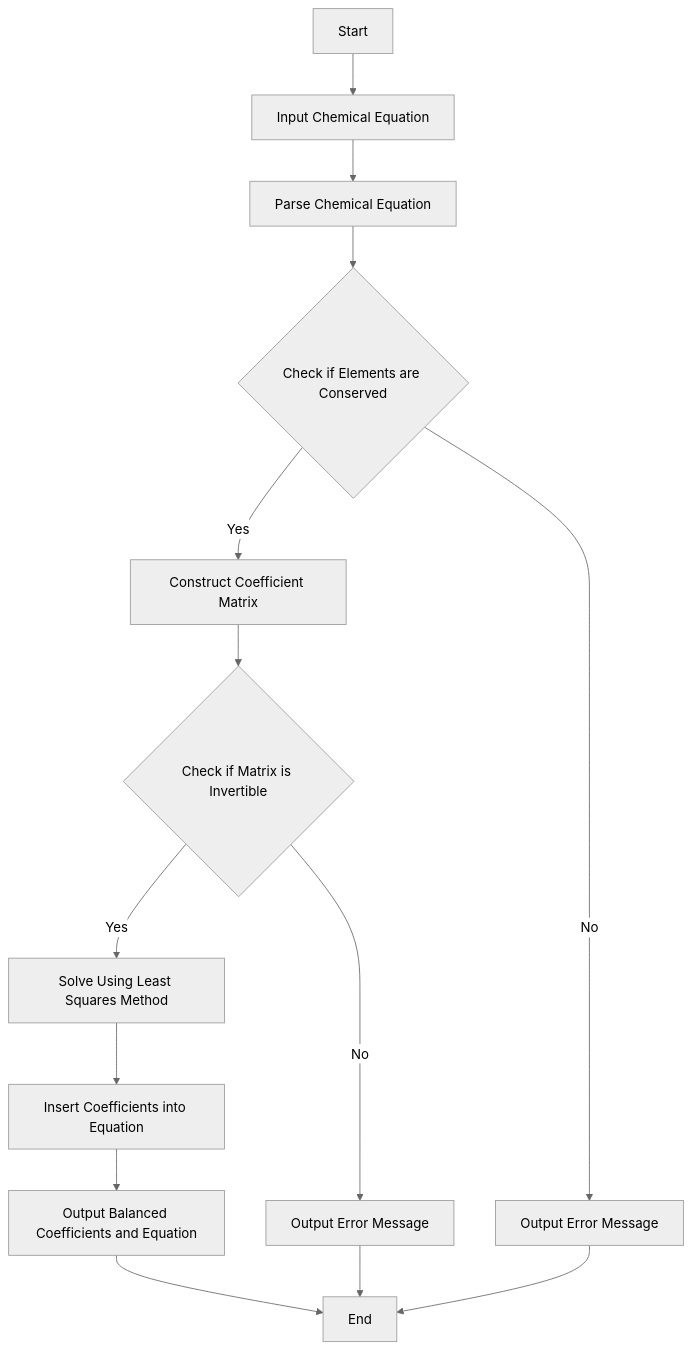
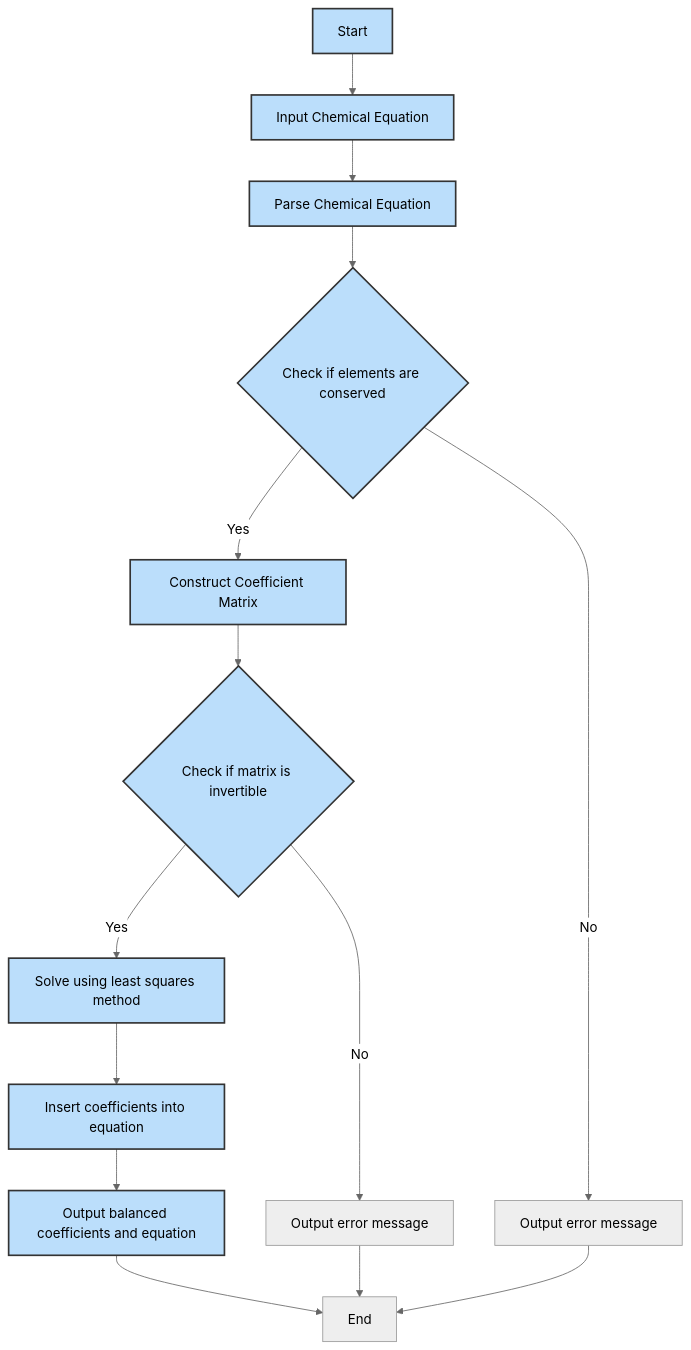
Before and after one commit to META-Xiao/ATOCE: the diagram in README_en.md, drawn with Mermaid (neutral theme). The commit also changed other lines of this file and 2 other files, not shown here.

````diff
--- a/README_en.md
+++ b/README_en.md
@@ -18,16 +11,19 @@
 ```mermaid
 graph TD
 A[Start] --> B[Input Chemical Equation]
 B --> C[Parse Chemical Equation]
-C --> D{Check if Elements are Conserved}
+C --> D{Check if elements are conserved}
 D -- Yes --> E[Construct Coefficient Matrix]
-E --> F{Check if Matrix is Invertible}
-F -- Yes --> G[Solve Using Least Squares Method]
-G --> H[Insert Coefficients into Equation]
-H --> I[Output Balanced Coefficients and Equation]
-F -- No --> J[Output Error Message]
-D -- No --> K[Output Error Message]
+E --> F{Check if matrix is invertible}
+F -- Yes --> G[Solve using least squares method]
+G --> H[Insert coefficients into equation]
+H --> I[Output balanced coefficients and equation]
+F -- No --> J[Output error message]
+D -- No --> K[Output error message]
 I --> L[End]
 J --> L
 K --> L
+
+classDef highlight fill:#bbdefb,stroke:#333,stroke-width:2px;
+class A,B,C,D,E,F,G,H,I highlight
 ```
````
